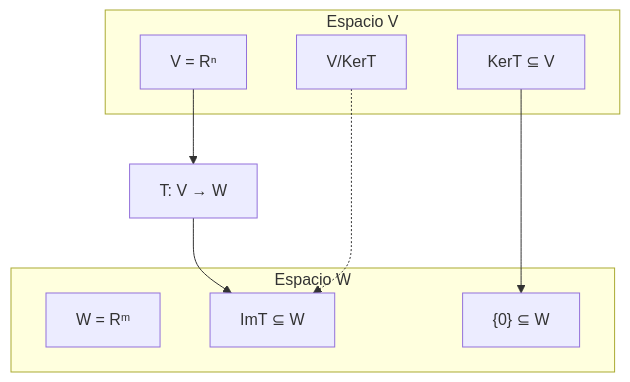
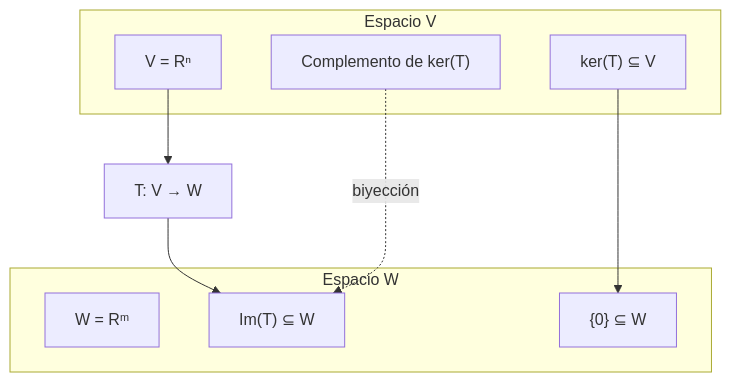
One commit to djaimej/computer-science-template changed the diagram in public/documents/semester-3/1/3132.md. Above: the diagram before and after it, drawn with Mermaid. The commit also changed other lines of this file and 34 other files, not shown here.

````diff
--- a/public/documents/semester-3/1/3132.md
+++ b/public/documents/semester-3/1/3132.md
@@ -81,25 +94,25 @@
 ```mermaid
 graph TD
     subgraph Espacio V
         V[V = Rⁿ]
-        Ker[KerT ⊆ V]
-        V_Red[V/KerT]
+        Ker["ker(T) ⊆ V"]
+        V_Red["Complemento de ker(T)"]
     end
 
     subgraph Espacio W
         W[W = Rᵐ]
-        Im[ImT ⊆ W]
+        Im["Im(T) ⊆ W"]
         Cero["{0} ⊆ W"]
     end
 
     T[T: V → W]
 
     Ker --> Cero
     V --> T
     T --> Im
-    V_Red -.-> Im
+    V_Red -.->|biyección| Im
 
     Ker:::green
     Im:::caribbean
     Cero:::lazuli
 ```
````
